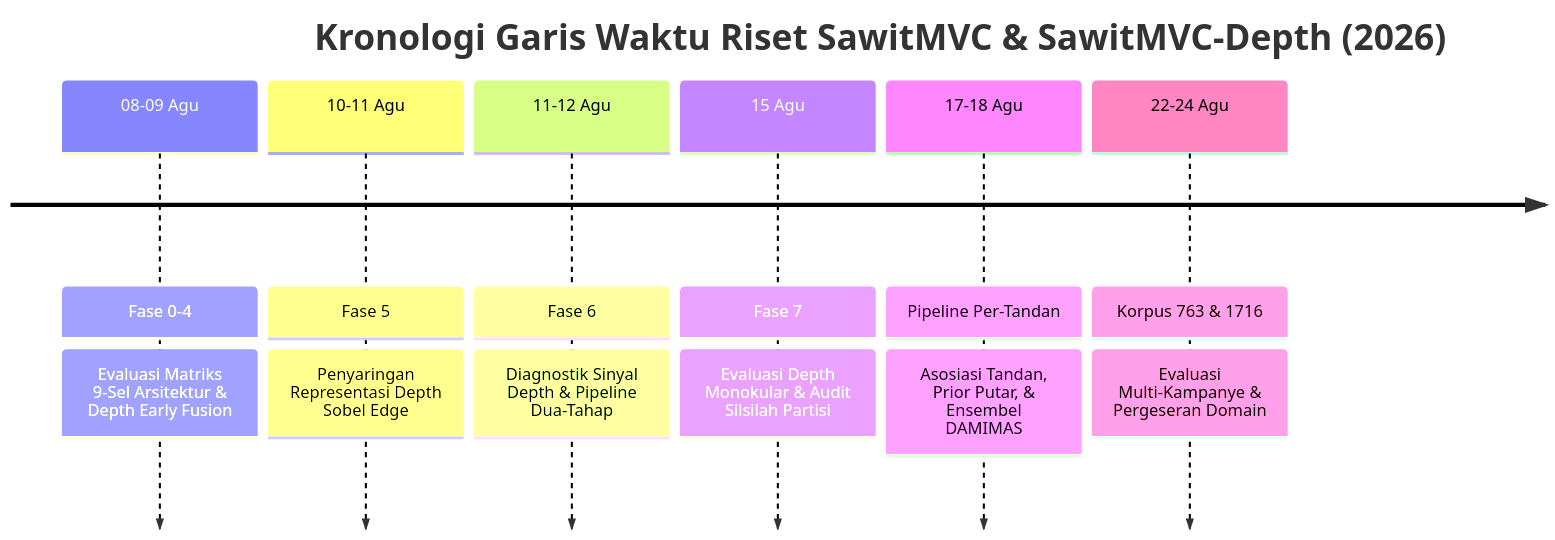
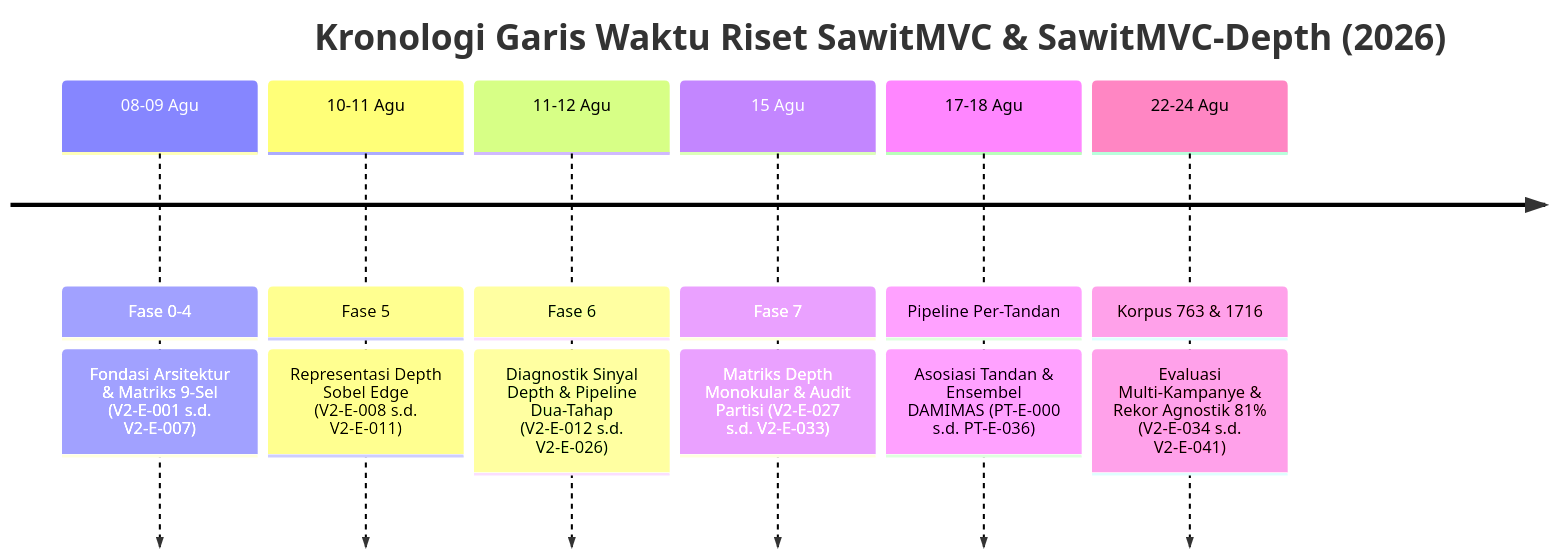
Before and after one commit to muhammad-zainal-muttaqin/project-expertise: the first of 2 diagrams in docs/WORKFLOW_KRONOLOGIS.md, drawn with Mermaid. The commit also changed other lines of this file, not shown here.

````diff
--- a/docs/WORKFLOW_KRONOLOGIS.md
+++ b/docs/WORKFLOW_KRONOLOGIS.md
@@ -15,10 +15,10 @@
 ```mermaid
 timeline
     title Kronologi Garis Waktu Riset SawitMVC & SawitMVC-Depth (2026)
-    08-09 Agu : Fase 0-4 : Evaluasi Matriks 9-Sel Arsitektur & Depth Early Fusion
-    10-11 Agu : Fase 5 : Penyaringan Representasi Depth Sobel Edge
-    11-12 Agu : Fase 6 : Diagnostik Sinyal Depth & Pipeline Dua-Tahap
-    15 Agu : Fase 7 : Evaluasi Depth Monokular & Audit Silsilah Partisi
-    17-18 Agu : Pipeline Per-Tandan : Asosiasi Tandan, Prior Putar, & Ensembel DAMIMAS
-    22-24 Agu : Korpus 763 & 1716 : Evaluasi Multi-Kampanye & Pergeseran Domain
+    08-09 Agu : Fase 0-4 : Fondasi Arsitektur & Matriks 9-Sel (V2-E-001 s.d. V2-E-007)
+    10-11 Agu : Fase 5 : Representasi Depth Sobel Edge (V2-E-008 s.d. V2-E-011)
+    11-12 Agu : Fase 6 : Diagnostik Sinyal Depth & Pipeline Dua-Tahap (V2-E-012 s.d. V2-E-026)
+    15 Agu : Fase 7 : Matriks Depth Monokular & Audit Partisi (V2-E-027 s.d. V2-E-033)
+    17-18 Agu : Pipeline Per-Tandan : Asosiasi Tandan & Ensembel DAMIMAS (PT-E-000 s.d. PT-E-036)
+    22-24 Agu : Korpus 763 & 1716 : Evaluasi Multi-Kampanye & Rekor Agnostik 81% (V2-E-034 s.d. V2-E-041)
 ```
````
